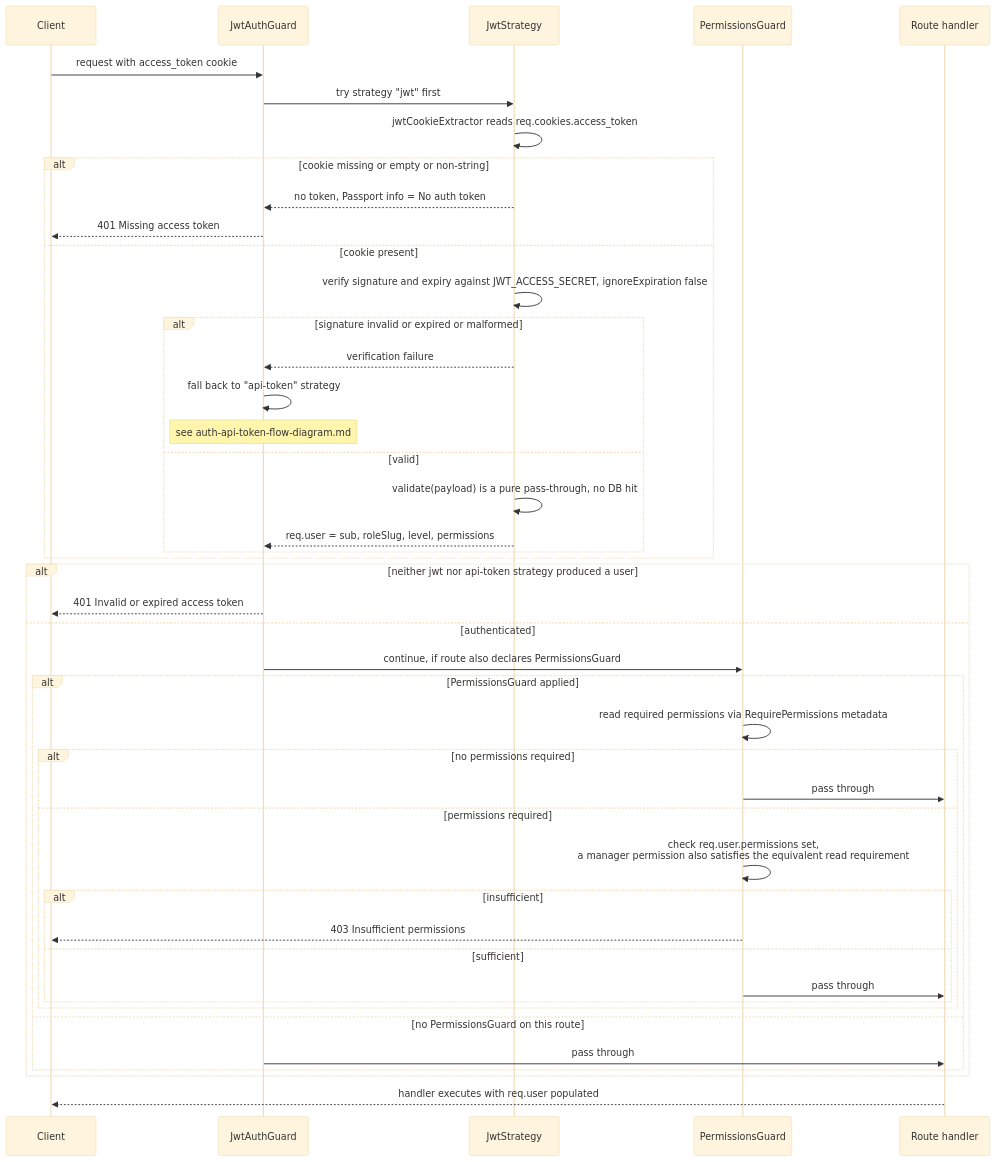
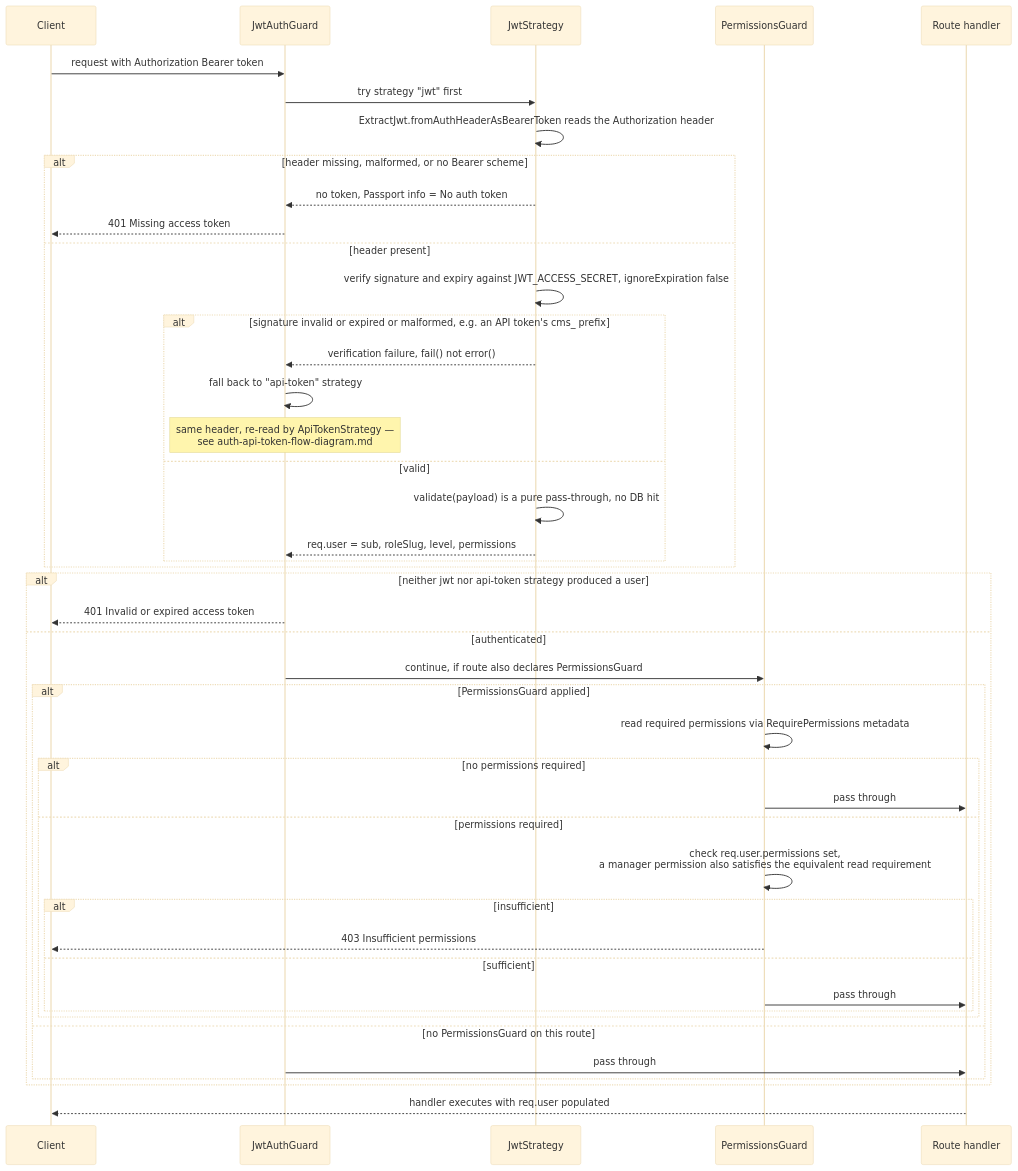
The diagram in apps/cms-api/docs/diagrams/auth-jwt-flow-diagram.md (hungnh1812dev/abyssoftime-cms-api), drawn with Mermaid (base theme) before and after one commit. The commit also changed other lines of this file and 6 other files, not shown here.

First line of the commit message:
docs(cms-api): update auth docs and flow diagrams for the Bearer-header migration

````diff
--- a/apps/cms-api/docs/diagrams/auth-jwt-flow-diagram.md
+++ b/apps/cms-api/docs/diagrams/auth-jwt-flow-diagram.md
@@ -11,49 +12,49 @@
 ```mermaid
 sequenceDiagram
     participant C as Client
     participant Guard as JwtAuthGuard
     participant JS as JwtStrategy
     participant Perm as PermissionsGuard
     participant Ctl as Route handler
 
-    C->>Guard: request with access_token cookie
+    C->>Guard: request with Authorization Bearer token
     Guard->>JS: try strategy "jwt" first
-    JS->>JS: jwtCookieExtractor reads req.cookies.access_token
-    alt cookie missing or empty or non-string
+    JS->>JS: ExtractJwt.fromAuthHeaderAsBearerToken reads the Authorization header
+    alt header missing, malformed, or no Bearer scheme
         JS-->>Guard: no token, Passport info = No auth token
         Guard-->>C: 401 Missing access token
-    else cookie present
+    else header present
         JS->>JS: verify signature and expiry against JWT_ACCESS_SECRET, ignoreExpiration false
-        alt signature invalid or expired or malformed
-            JS-->>Guard: verification failure
+        alt signature invalid or expired or malformed, e.g. an API token's cms_ prefix
+            JS-->>Guard: verification failure, fail() not error()
             Guard->>Guard: fall back to "api-token" strategy
-            Note over Guard: see auth-api-token-flow-diagram.md
+            Note over Guard: same header, re-read by ApiTokenStrategy —<br/>see auth-api-token-flow-diagram.md
         else valid
             JS->>JS: validate(payload) is a pure pass-through, no DB hit
             JS-->>Guard: req.user = sub, roleSlug, level, permissions
         end
     end
 
     alt neither jwt nor api-token strategy produced a user
         Guard-->>C: 401 Invalid or expired access token
     else authenticated
         Guard->>Perm: continue, if route also declares PermissionsGuard
         alt PermissionsGuard applied
             Perm->>Perm: read required permissions via RequirePermissions metadata
             alt no permissions required
                 Perm->>Ctl: pass through
             else permissions required
                 Perm->>Perm: check req.user.permissions set,<br/>a manager permission also satisfies the equivalent read requirement
                 alt insufficient
                     Perm-->>C: 403 Insufficient permissions
                 else sufficient
                     Perm->>Ctl: pass through
                 end
             end
         else no PermissionsGuard on this route
             Guard->>Ctl: pass through
         end
     end
 
     Ctl-->>C: handler executes with req.user populated
 ```
````
